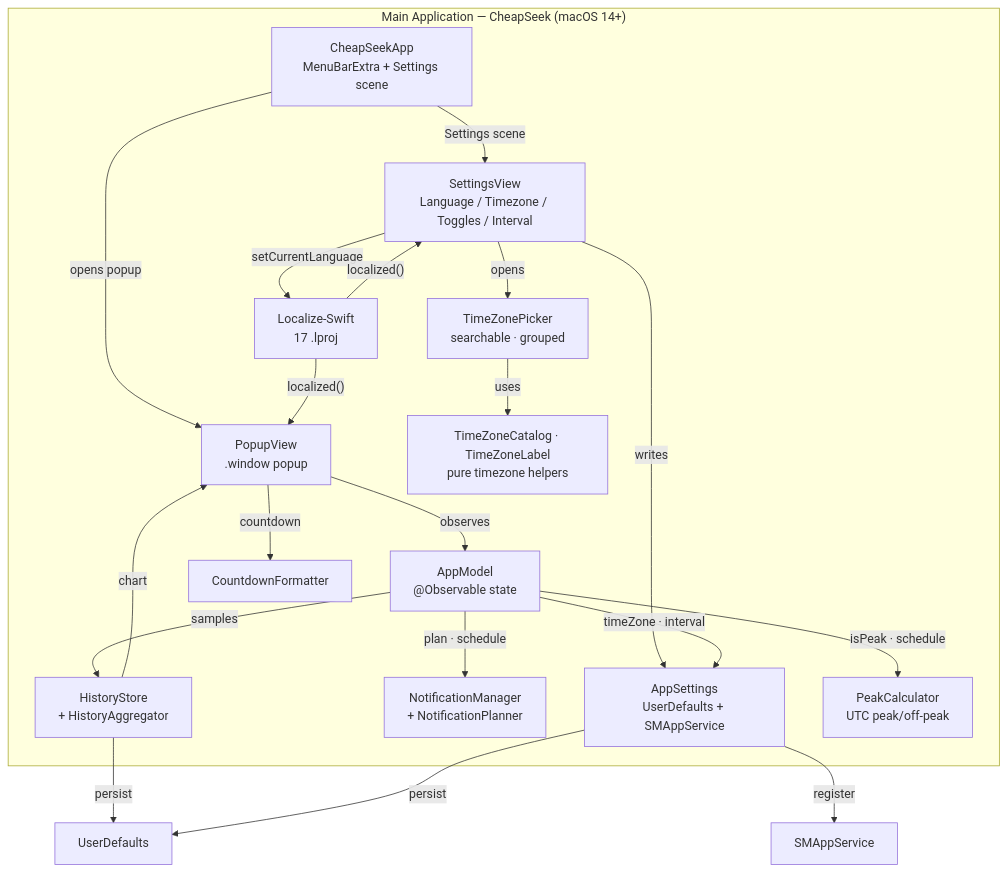
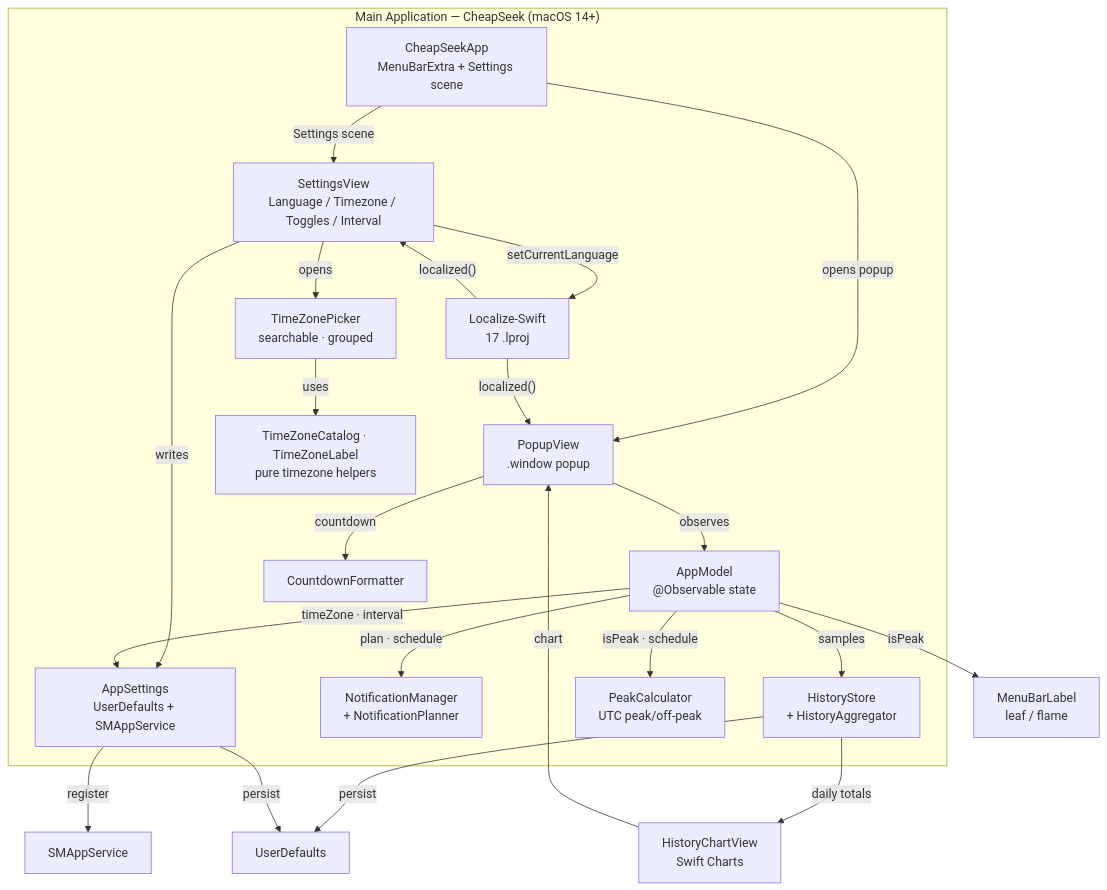
One commit to mahirfatih/cheapseek changed the diagram in README.md. Above: the diagram before and after it, drawn with Mermaid. The commit also changed other lines of this file and 24 other files, not shown here.

````diff
--- a/README.md
+++ b/README.md
@@ -87,36 +74,38 @@
 ```mermaid
 graph TD
     subgraph App["Main Application — CheapSeek (macOS 14+)"]
         Entry["CheapSeekApp<br/>MenuBarExtra + Settings scene"]
         Popup["PopupView<br/>.window popup"]
         Settings["SettingsView<br/>Language / Timezone / Toggles / Interval"]
         Picker["TimeZonePicker<br/>searchable · grouped"]
         Zone["TimeZoneCatalog · TimeZoneLabel<br/>pure timezone helpers"]
         Model["AppModel<br/>@Observable state"]
         Config["AppSettings<br/>UserDefaults + SMAppService"]
         Notify["NotificationManager<br/>+ NotificationPlanner"]
         History["HistoryStore<br/>+ HistoryAggregator"]
         Core["PeakCalculator<br/>UTC peak/off-peak"]
         Fmt["CountdownFormatter"]
         L10n["Localize-Swift<br/>17 .lproj"]
     end
 
     Entry -->|"opens popup"| Popup
     Entry -->|"Settings scene"| Settings
     Popup -->|"observes"| Model
     Popup -->|"countdown"| Fmt
     Settings -->|"writes"| Config
     Settings -->|"opens"| Picker
     Picker -->|"uses"| Zone
     Settings -->|"setCurrentLanguage"| L10n
     Model -->|"isPeak · schedule"| Core
+    Model -->|"isPeak"| Label["MenuBarLabel<br/>leaf / flame"]
     Model -->|"timeZone · interval"| Config
     Model -->|"plan · schedule"| Notify
     Model -->|"samples"| History
-    History -->|"chart"| Popup
+    History -->|"daily totals"| Chart["HistoryChartView<br/>Swift Charts"]
+    Chart -->|"chart"| Popup
     History -->|"persist"| Store["UserDefaults"]
     Config -->|"persist"| Store["UserDefaults"]
     Config -->|"register"| SM["SMAppService"]
     L10n -->|"localized()"| Popup
     L10n -->|"localized()"| Settings
 ```
````
